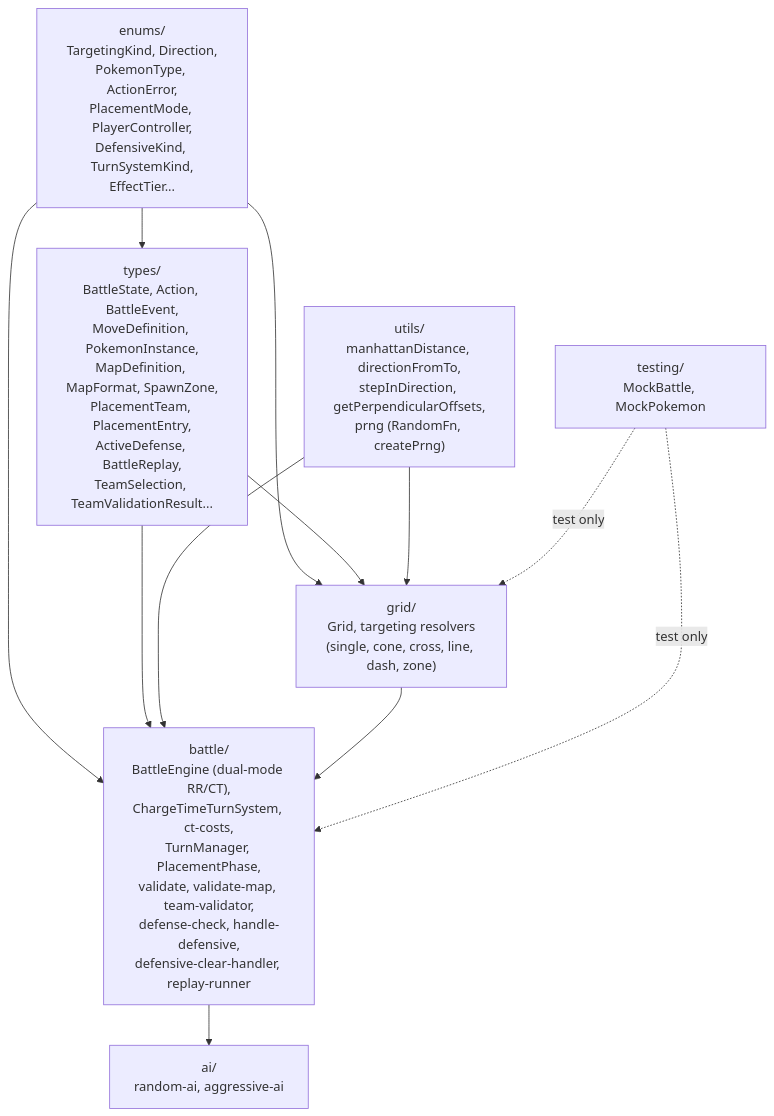
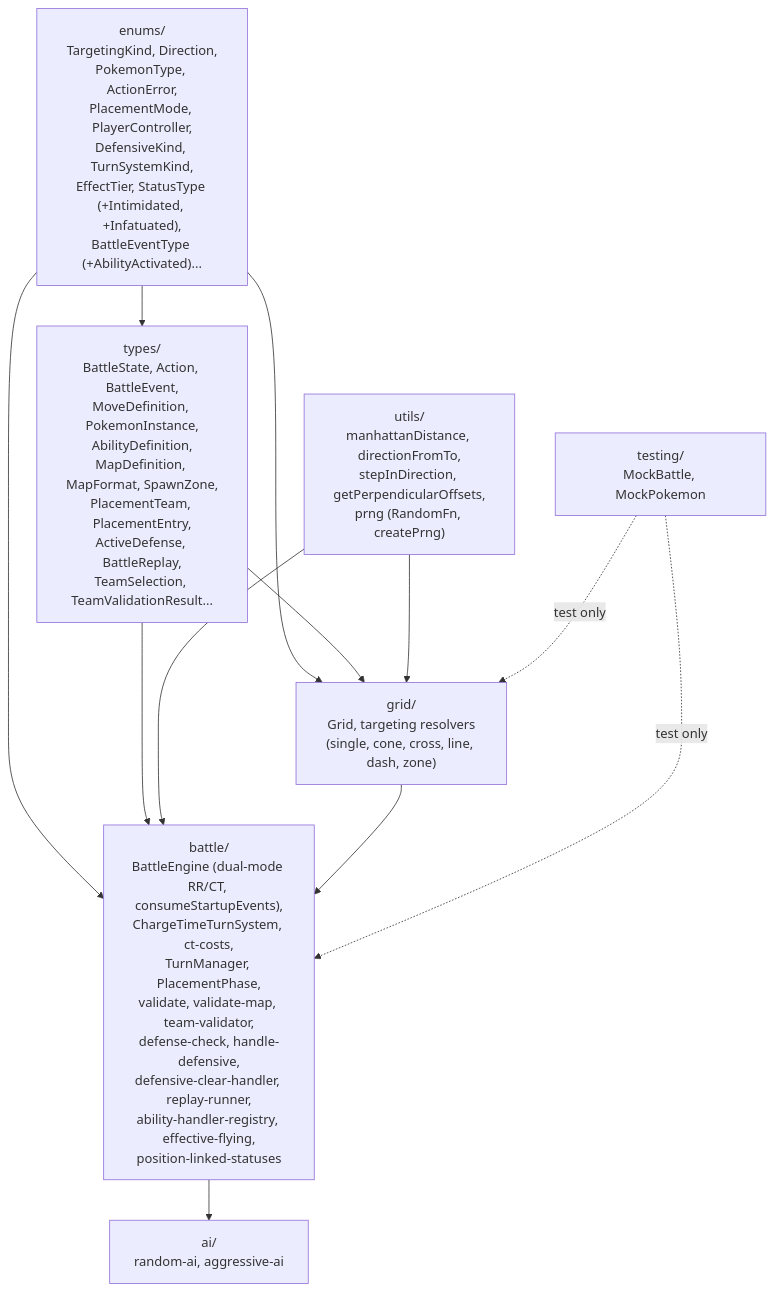
Before and after one commit to kekel87/pokemon-tactics: the second of 4 diagrams in docs/architecture.md, drawn with Mermaid. The commit also changed other lines of this file and 56 other files, not shown here.

````diff
--- a/docs/architecture.md
+++ b/docs/architecture.md
@@ -197,22 +199,22 @@
 ```mermaid
 graph TD
-    enums["enums/<br/>TargetingKind, Direction,<br/>PokemonType, ActionError,<br/>PlacementMode, PlayerController,<br/>DefensiveKind, TurnSystemKind,<br/>EffectTier..."]
-    types["types/<br/>BattleState, Action, BattleEvent,<br/>MoveDefinition, PokemonInstance,<br/>MapDefinition, MapFormat, SpawnZone,<br/>PlacementTeam, PlacementEntry,<br/>ActiveDefense, BattleReplay,<br/>TeamSelection, TeamValidationResult..."]
+    enums["enums/<br/>TargetingKind, Direction,<br/>PokemonType, ActionError,<br/>PlacementMode, PlayerController,<br/>DefensiveKind, TurnSystemKind,<br/>EffectTier, StatusType (+Intimidated, +Infatuated),<br/>BattleEventType (+AbilityActivated)..."]
+    types["types/<br/>BattleState, Action, BattleEvent,<br/>MoveDefinition, PokemonInstance,<br/>AbilityDefinition,<br/>MapDefinition, MapFormat, SpawnZone,<br/>PlacementTeam, PlacementEntry,<br/>ActiveDefense, BattleReplay,<br/>TeamSelection, TeamValidationResult..."]
     utils["utils/<br/>manhattanDistance, directionFromTo,<br/>stepInDirection, getPerpendicularOffsets,<br/>prng (RandomFn, createPrng)"]
     grid["grid/<br/>Grid, targeting resolvers<br/>(single, cone, cross, line, dash, zone)"]
-    battle["battle/<br/>BattleEngine (dual-mode RR/CT),<br/>ChargeTimeTurnSystem, ct-costs,<br/>TurnManager, PlacementPhase,<br/>validate, validate-map, team-validator,<br/>defense-check, handle-defensive,<br/>defensive-clear-handler, replay-runner"]
+    battle["battle/<br/>BattleEngine (dual-mode RR/CT, consumeStartupEvents),<br/>ChargeTimeTurnSystem, ct-costs,<br/>TurnManager, PlacementPhase,<br/>validate, validate-map, team-validator,<br/>defense-check, handle-defensive,<br/>defensive-clear-handler, replay-runner,<br/>ability-handler-registry, effective-flying,<br/>position-linked-statuses"]
     ai["ai/<br/>random-ai, aggressive-ai"]
     testing["testing/<br/>MockBattle, MockPokemon"]
 
     enums --> types
     enums --> grid
     enums --> battle
     types --> grid
     types --> battle
     utils --> grid
     utils --> battle
     grid --> battle
     battle --> ai
     testing -.->|test only| battle
     testing -.->|test only| grid
 ```
````
